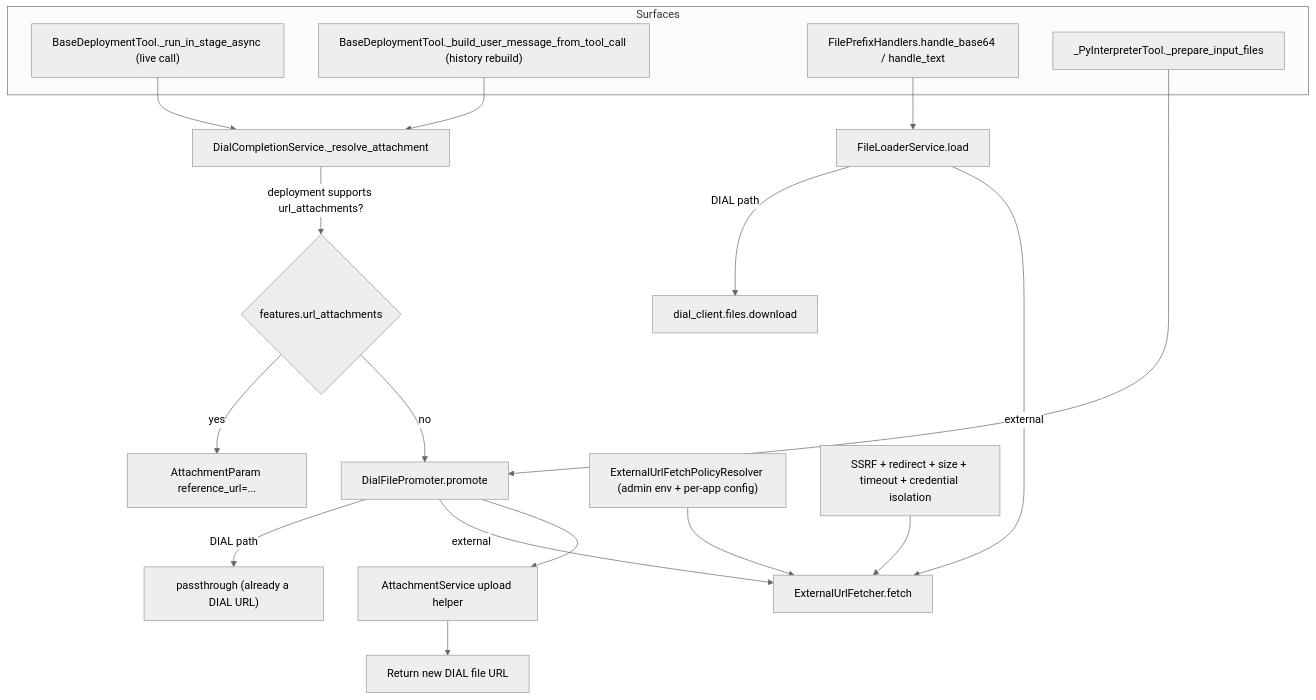
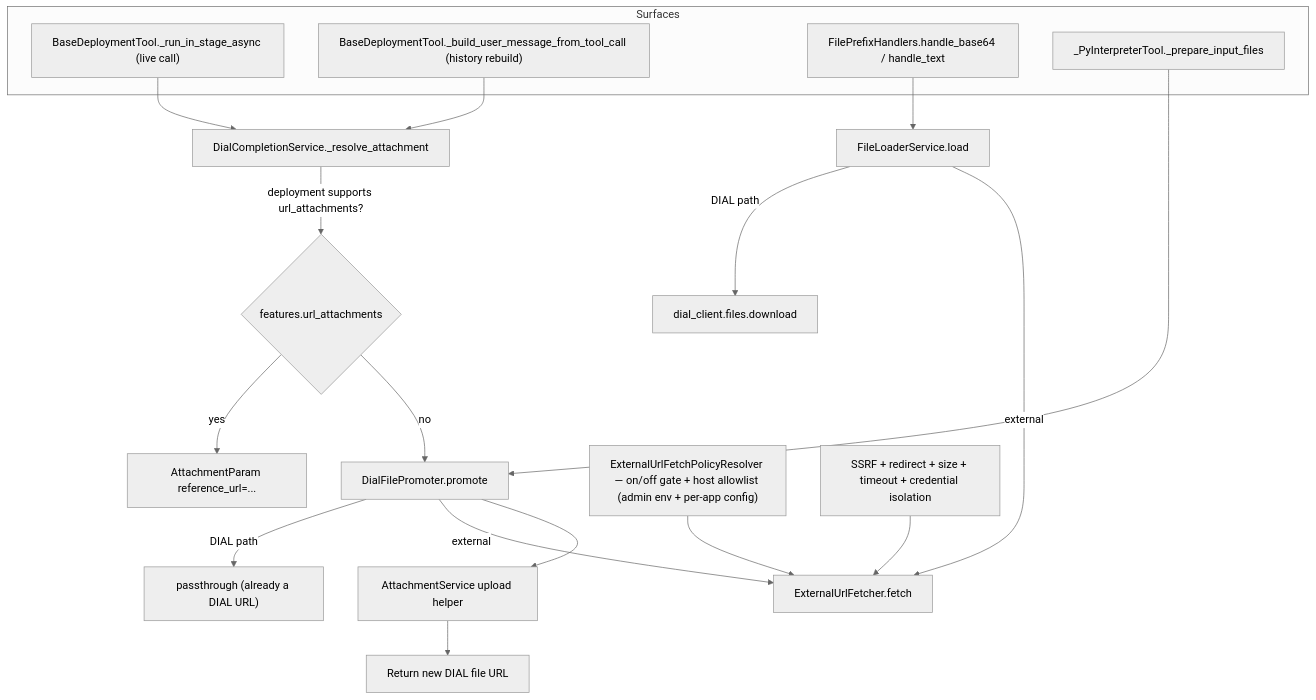
Before and after one commit to epam/ai-dial-quickapps-backend: the first of 3 diagrams in docs/designs/external_url_attachments.md, drawn with Mermaid (neutral theme). The commit also changed other lines of this file and 10 other files, not shown here.

First line of the commit message:
feat(file_transfer): host allowlist tier for external URL fetching #258

````diff
--- a/docs/designs/external_url_attachments.md
+++ b/docs/designs/external_url_attachments.md
@@ -125,30 +146,30 @@
 ```mermaid
 flowchart TD
     subgraph Surfaces
         A1a["BaseDeploymentTool._run_in_stage_async (live call)"]
         A1b["BaseDeploymentTool._build_user_message_from_tool_call (history rebuild)"]
         A2["FilePrefixHandlers.handle_base64 / handle_text"]
         A3["_PyInterpreterTool._prepare_input_files"]
     end
 
     A1a --> Resolve["DialCompletionService._resolve_attachment"]
     A1b --> Resolve
     Resolve -->|"deployment supports url_attachments?"| C{"features.url_attachments"}
     C -->|"yes"| R1["AttachmentParam reference_url=..."]
     C -->|"no"| P
     A2 --> L
     A3 --> P
 
     L["FileLoaderService.load"]
     P["DialFilePromoter.promote"]
 
     L -->|"DIAL path"| D1["dial_client.files.download"]
     L -->|"external"| E["ExternalUrlFetcher.fetch"]
     P -->|"DIAL path"| D2["passthrough (already a DIAL URL)"]
     P -->|"external"| E
     P --> U["AttachmentService upload helper"]
     U --> R2["Return new DIAL file URL"]
 
-    G["ExternalUrlFetchPolicyResolver (admin env + per-app config)"] --> E
+    G["ExternalUrlFetchPolicyResolver — on/off gate + host allowlist (admin env + per-app config)"] --> E
     S["SSRF + redirect + size + timeout + credential isolation"] --> E
 ```
````
